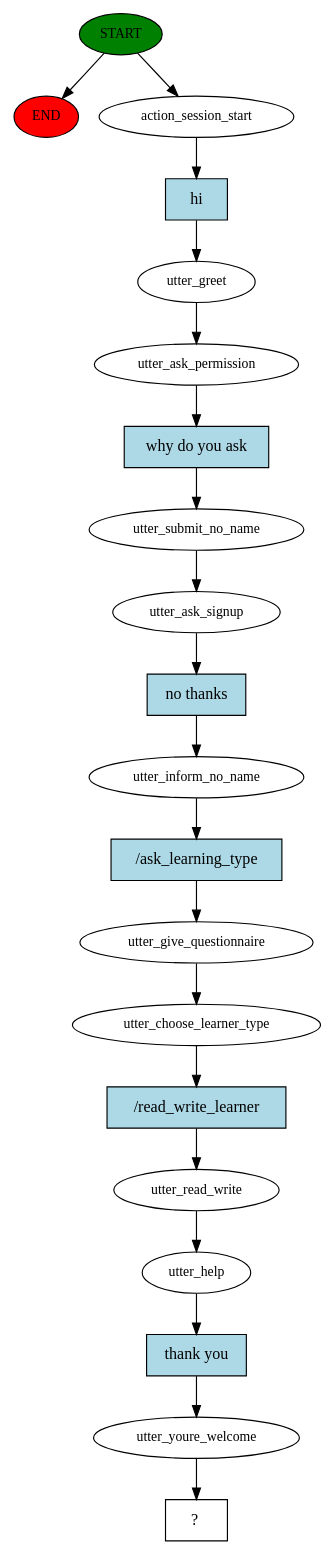
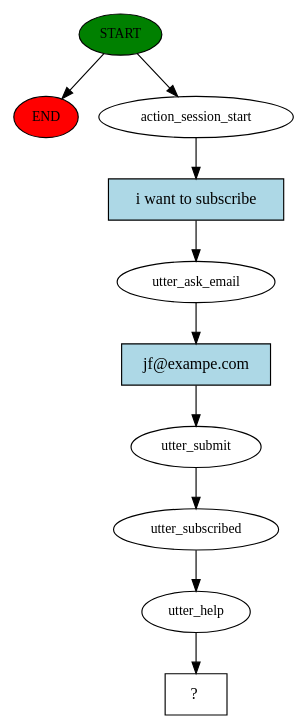
The diagram in story_graph.dot (bg5fxp-JF/rasa_project_OIbot), drawn with Graphviz before and after one commit. The commit also changed 76 other files, not shown here.

```diff
--- a/story_graph.dot
+++ b/story_graph.dot
@@ -1,41 +1,21 @@
 digraph  {
 0 [class="start active", fillcolor=green, fontsize=12, label=START, style=filled];
 "-1" [class=end, fillcolor=red, fontsize=12, label=END, style=filled];
 1 [class=active, fontsize=12, label=action_session_start];
-2 [class=active, fontsize=12, label=utter_greet];
-3 [class=active, fontsize=12, label=utter_ask_permission];
-4 [class=active, fontsize=12, label=utter_submit_no_name];
-5 [class=active, fontsize=12, label=utter_ask_signup];
-6 [class=active, fontsize=12, label=utter_inform_no_name];
-7 [class=active, fontsize=12, label=utter_give_questionnaire];
-8 [class=active, fontsize=12, label=utter_choose_learner_type];
-9 [class=active, fontsize=12, label=utter_read_write];
-10 [class=active, fontsize=12, label=utter_help];
-11 [class=active, fontsize=12, label=utter_youre_welcome];
-12 [class="intent dashed active", label="  ?  ", shape=rect];
-13 [class="intent active", fillcolor=lightblue, label=hi, shape=rect, style=filled];
-14 [class="intent active", fillcolor=lightblue, label="why do you ask", shape=rect, style=filled];
-15 [class="intent active", fillcolor=lightblue, label="no thanks", shape=rect, style=filled];
-16 [class="intent active", fillcolor=lightblue, label="/ask_learning_type", shape=rect, style=filled];
-17 [class="intent active", fillcolor=lightblue, label="/read_write_learner", shape=rect, style=filled];
-18 [class="intent active", fillcolor=lightblue, label="thank you", shape=rect, style=filled];
+2 [class=active, fontsize=12, label=utter_ask_email];
+3 [class=active, fontsize=12, label=utter_submit];
+4 [class=active, fontsize=12, label=utter_subscribed];
+5 [class=active, fontsize=12, label=utter_help];
+6 [class="intent dashed active", label="  ?  ", shape=rect];
+7 [class="intent active", fillcolor=lightblue, label="i want to subscribe", shape=rect, style=filled];
+8 [class="intent active", fillcolor=lightblue, label="jf@exampe.com", shape=rect, style=filled];
 0 -> "-1"  [class="", key=NONE, label=""];
 0 -> 1  [class=active, key=NONE, label=""];
-1 -> 13  [class=active, key=0];
-2 -> 3  [class=active, key=NONE, label=""];
-3 -> 14  [class=active, key=0];
+1 -> 7  [class=active, key=0];
+2 -> 8  [class=active, key=0];
+3 -> 4  [class=active, key=NONE, label=""];
 4 -> 5  [class=active, key=NONE, label=""];
-5 -> 15  [class=active, key=0];
-6 -> 16  [class=active, key=0];
-7 -> 8  [class=active, key=NONE, label=""];
-8 -> 17  [class=active, key=0];
-9 -> 10  [class=active, key=NONE, label=""];
-10 -> 18  [class=active, key=0];
-11 -> 12  [class=active, key=NONE, label=""];
-13 -> 2  [class=active, key=0];
-14 -> 4  [class=active, key=0];
-15 -> 6  [class=active, key=0];
-16 -> 7  [class=active, key=0];
-17 -> 9  [class=active, key=0];
-18 -> 11  [class=active, key=0];
+5 -> 6  [class=active, key=NONE, label=""];
+7 -> 2  [class=active, key=0];
+8 -> 3  [class=active, key=0];
 }
```
